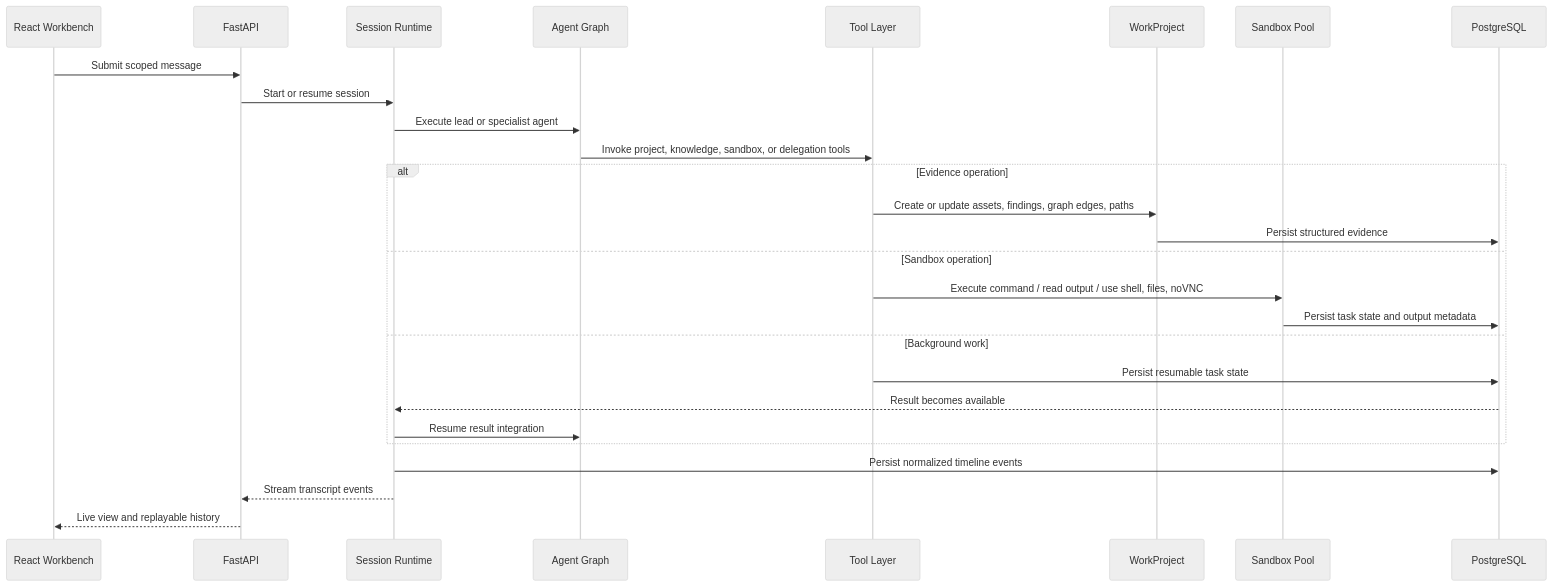
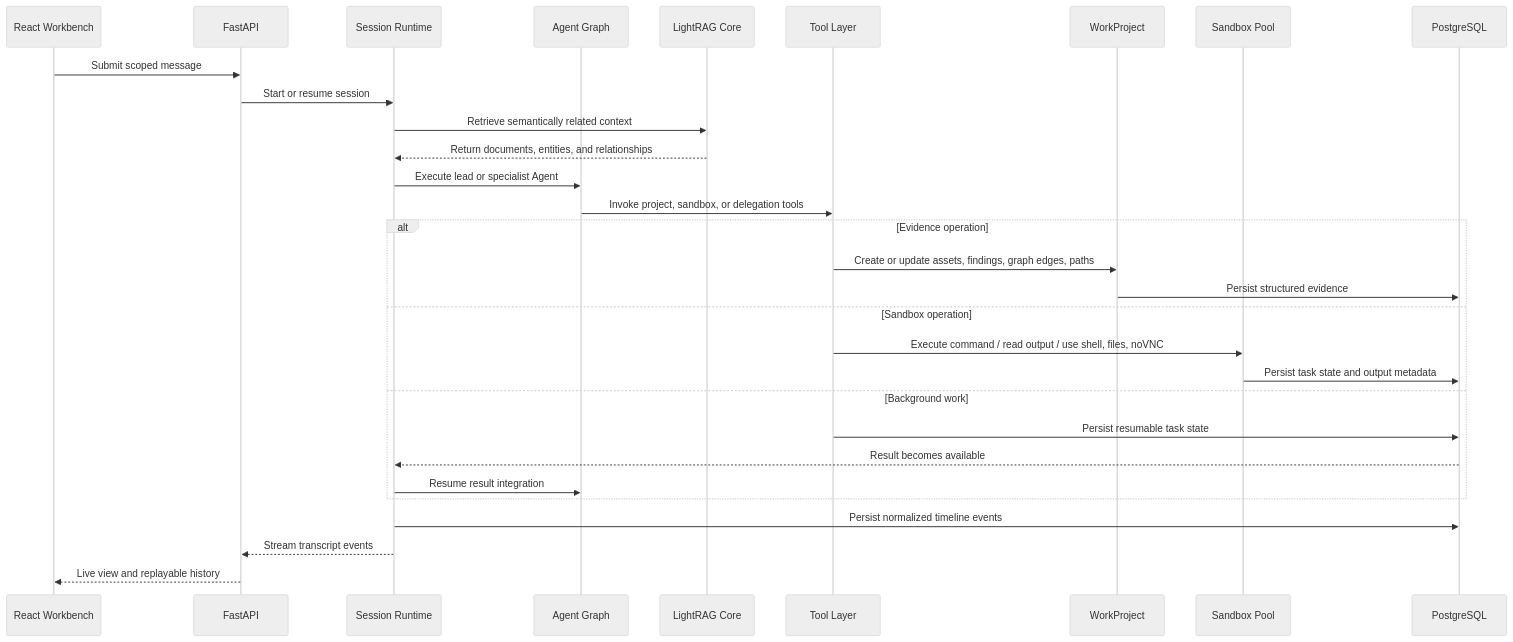
Before and after one commit to MolTau9527/Z3r0: the second of 4 diagrams in README.md, drawn with Mermaid (neutral theme). The commit also changed other lines of this file and 99 other files, not shown here.

Commit message:
feat: Add LightRAG knowledge management and contextual retrieval

````diff
--- a/README.md
+++ b/README.md
@@ -103,32 +107,35 @@
 ```mermaid
 sequenceDiagram
   participant UI as React Workbench
   participant API as FastAPI
   participant Pool as Session Runtime
   participant Agents as Agent Graph
+  participant RAG as LightRAG Core
   participant Tools as Tool Layer
   participant Project as WorkProject
   participant Sandbox as Sandbox Pool
   participant DB as PostgreSQL
 
   UI->>API: Submit scoped message
   API->>Pool: Start or resume session
-  Pool->>Agents: Execute lead or specialist agent
-  Agents->>Tools: Invoke project, knowledge, sandbox, or delegation tools
+  Pool->>RAG: Retrieve semantically related context
+  RAG-->>Pool: Return documents, entities, and relationships
+  Pool->>Agents: Execute lead or specialist Agent
+  Agents->>Tools: Invoke project, sandbox, or delegation tools
 
   alt Evidence operation
     Tools->>Project: Create or update assets, findings, graph edges, paths
     Project->>DB: Persist structured evidence
   else Sandbox operation
     Tools->>Sandbox: Execute command / read output / use shell, files, noVNC
     Sandbox->>DB: Persist task state and output metadata
   else Background work
     Tools->>DB: Persist resumable task state
     DB-->>Pool: Result becomes available
     Pool->>Agents: Resume result integration
   end
 
   Pool->>DB: Persist normalized timeline events
   Pool-->>API: Stream transcript events
   API-->>UI: Live view and replayable history
 ```
````
